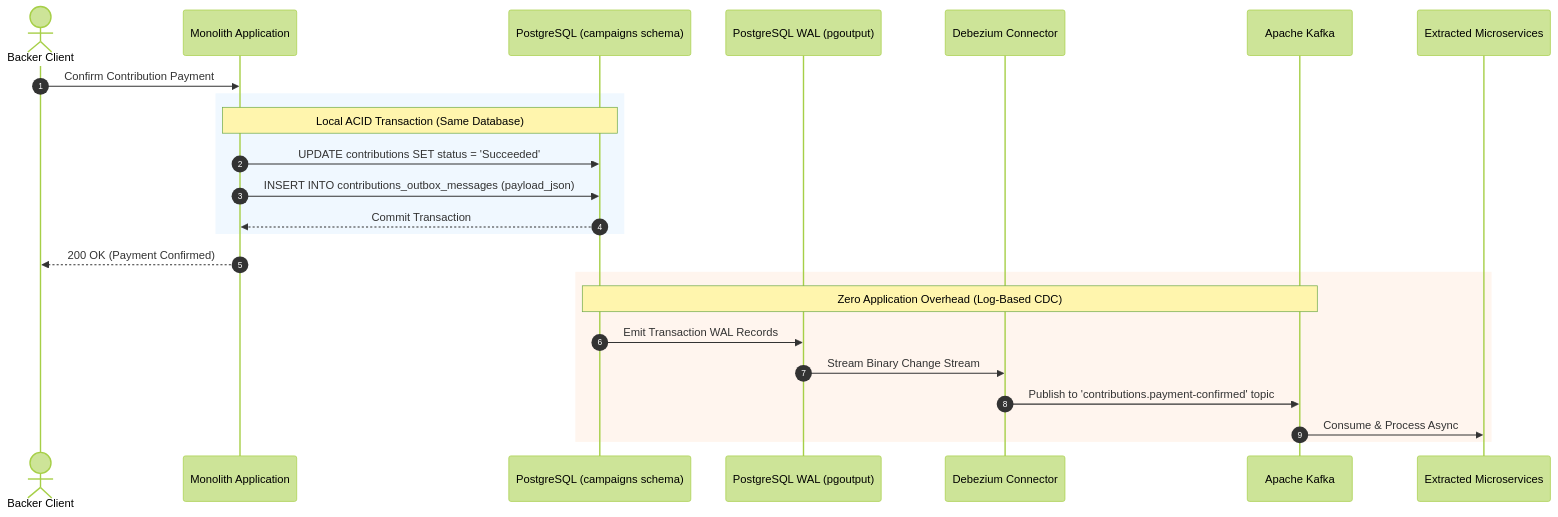
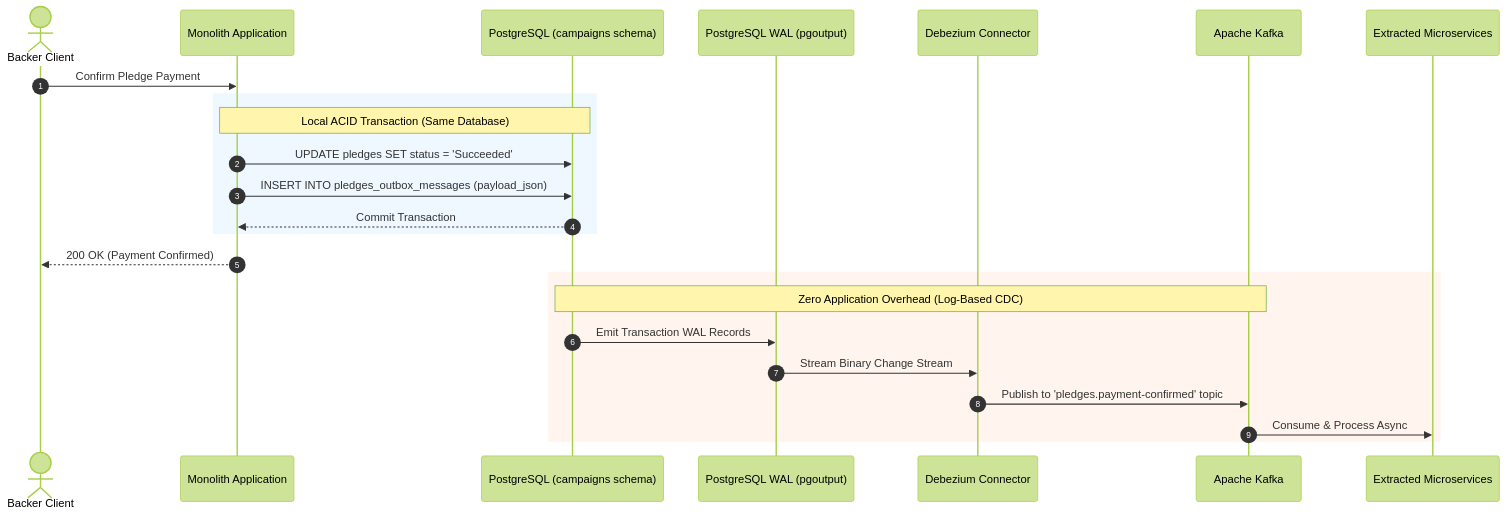
One commit to maysamgamini/crowdfundinghub changed the second of 2 diagrams in educational/01-architecture-paradigms/poly-pattern-architecture.md. Above: the diagram before and after it, drawn with Mermaid (forest theme). The commit also changed other lines of this file and 571 other files, not shown here.

First line of the commit message:
refactor: use the course vocabulary, pledge and backer, where the code said contribution and contributor

````diff
--- a/educational/01-architecture-paradigms/poly-pattern-architecture.md
+++ b/educational/01-architecture-paradigms/poly-pattern-architecture.md
@@ -169,28 +169,28 @@
 ```mermaid
 sequenceDiagram
     autonumber
     actor Client as Backer Client
     participant App as Monolith Application
     participant DB as PostgreSQL (campaigns schema)
     participant WAL as PostgreSQL WAL (pgoutput)
     participant Deb as Debezium Connector
     participant Kafka as Apache Kafka
     participant Downstream as Extracted Microservices
 
-    Client->>App: Confirm Contribution Payment
+    Client->>App: Confirm Pledge Payment
     rect rgb(240, 248, 255)
         Note over App,DB: Local ACID Transaction (Same Database)
-        App->>DB: UPDATE contributions SET status = 'Succeeded'
-        App->>DB: INSERT INTO contributions_outbox_messages (payload_json)
+        App->>DB: UPDATE pledges SET status = 'Succeeded'
+        App->>DB: INSERT INTO pledges_outbox_messages (payload_json)
         DB-->>App: Commit Transaction
     end
     App-->>Client: 200 OK (Payment Confirmed)
 
     rect rgb(255, 245, 238)
         Note over DB,Kafka: Zero Application Overhead (Log-Based CDC)
         DB->>WAL: Emit Transaction WAL Records
         WAL->>Deb: Stream Binary Change Stream
-        Deb->>Kafka: Publish to 'contributions.payment-confirmed' topic
+        Deb->>Kafka: Publish to 'pledges.payment-confirmed' topic
         Kafka->>Downstream: Consume & Process Async
     end
 ```
````
